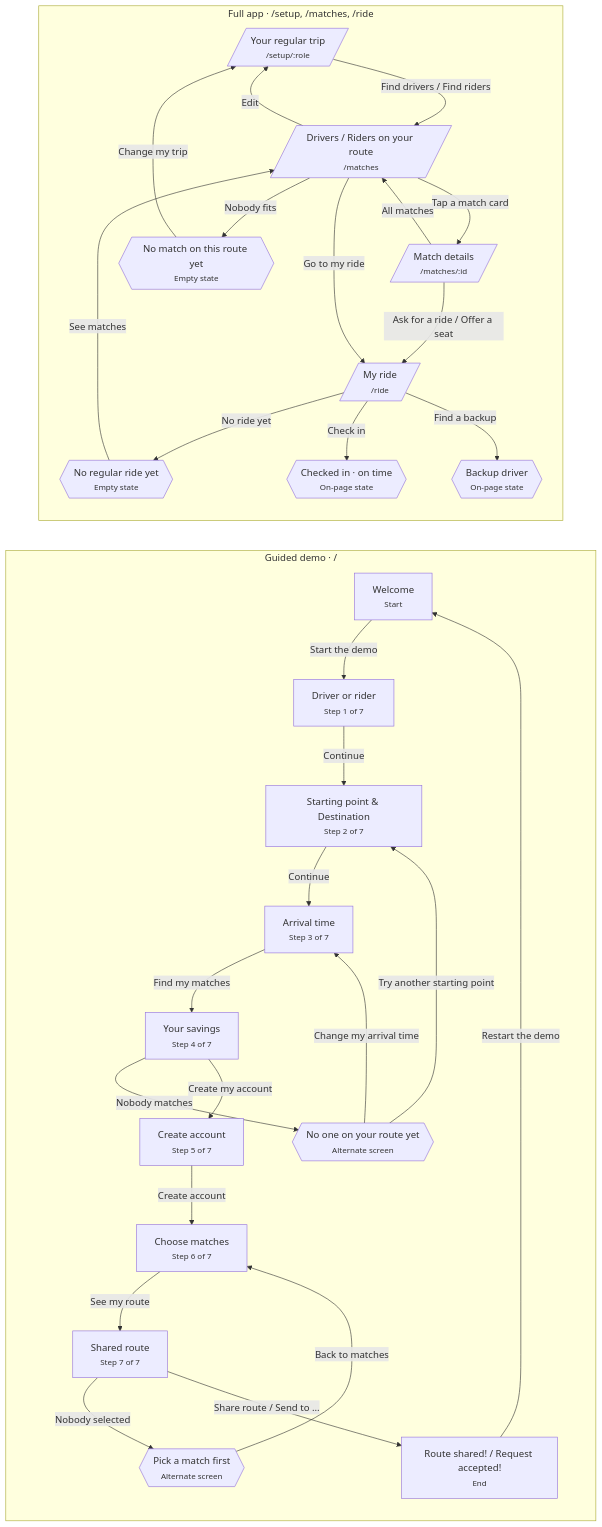
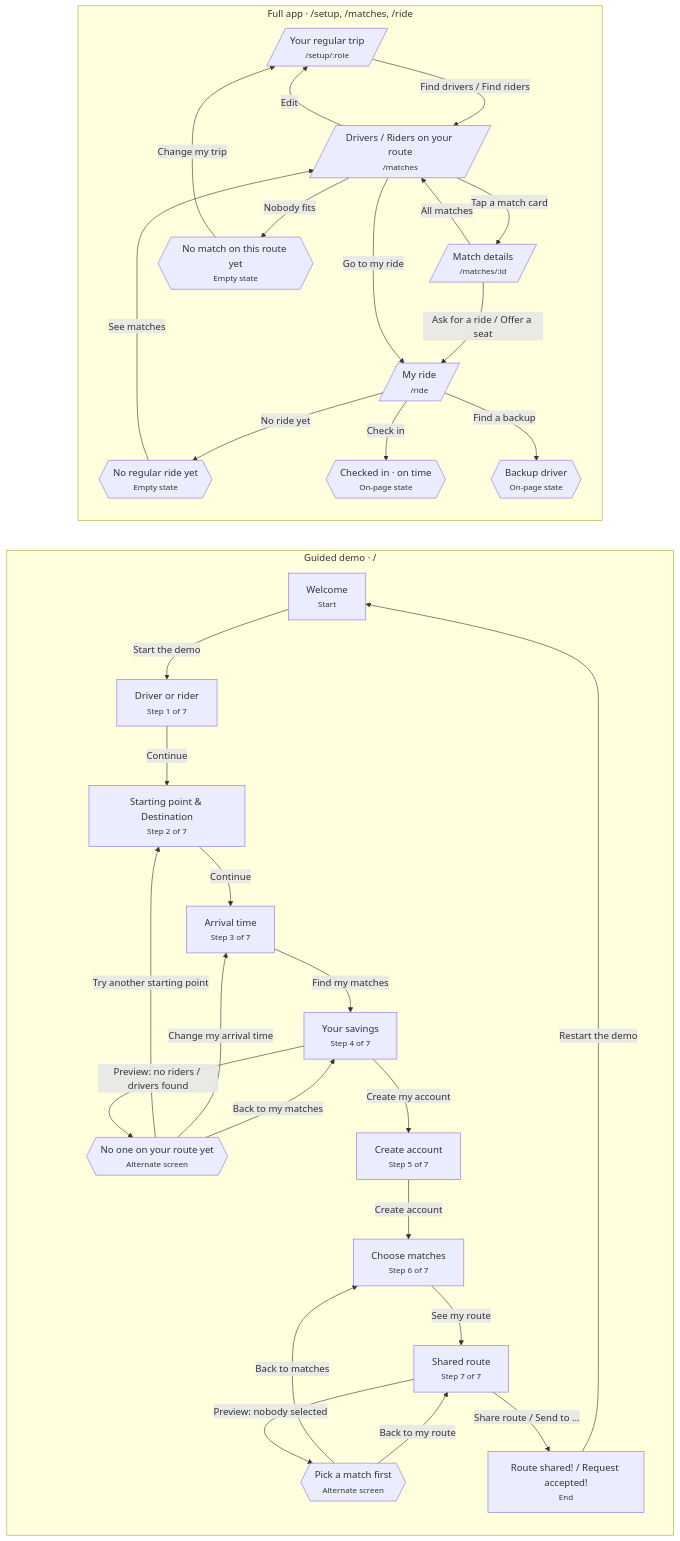
One commit to zxcpivo/routemate changed the diagram in docs/demo-flow.md. Above: the diagram before and after it, drawn with Mermaid. The commit also changed other lines of this file and 11 other files, not shown here.

````diff
--- a/docs/demo-flow.md
+++ b/docs/demo-flow.md
@@ -5,52 +5,54 @@
 ```mermaid
 flowchart LR
   subgraph laneA["Guided demo · /"]
     welcome["Welcome<br/><small>Start</small>"]
     role["Driver or rider<br/><small>Step 1 of 7</small>"]
     start["Starting point & Destination<br/><small>Step 2 of 7</small>"]
     time["Arrival time<br/><small>Step 3 of 7</small>"]
     pitch["Your savings<br/><small>Step 4 of 7</small>"]
     pitchEmpty{{"No one on your route yet<br/><small>Alternate screen</small>"}}
     account["Create account<br/><small>Step 5 of 7</small>"]
     choose["Choose matches<br/><small>Step 6 of 7</small>"]
     route["Shared route<br/><small>Step 7 of 7</small>"]
     routeEmpty{{"Pick a match first<br/><small>Alternate screen</small>"}}
     done["Route shared! / Request accepted!<br/><small>End</small>"]
   end
   subgraph laneB["Full app · /setup, /matches, /ride"]
     setup[/"Your regular trip<br/><small>/setup/:role</small>"/]
     matches[/"Drivers / Riders on your route<br/><small>/matches</small>"/]
     detail[/"Match details<br/><small>/matches/:id</small>"/]
     ride[/"My ride<br/><small>/ride</small>"/]
     checkedIn{{"Checked in · on time<br/><small>On-page state</small>"}}
     backup{{"Backup driver<br/><small>On-page state</small>"}}
     matchesEmpty{{"No match on this route yet<br/><small>Empty state</small>"}}
     rideEmpty{{"No regular ride yet<br/><small>Empty state</small>"}}
   end
   welcome -->|"Start the demo"| role
   start -->|"Continue"| time
   time -->|"Find my matches"| pitch
-  pitch -->|"Nobody matches"| pitchEmpty
+  pitch -->|"Preview: no riders / drivers found"| pitchEmpty
   pitchEmpty -->|"Try another starting point"| start
   pitchEmpty -->|"Change my arrival time"| time
+  pitchEmpty -->|"Back to my matches"| pitch
   pitch -->|"Create my account"| account
   account -->|"Create account"| choose
   choose -->|"See my route"| route
-  route -->|"Nobody selected"| routeEmpty
+  route -->|"Preview: nobody selected"| routeEmpty
   routeEmpty -->|"Back to matches"| choose
+  routeEmpty -->|"Back to my route"| route
   route -->|"Share route / Send to …"| done
   done -->|"Restart the demo"| welcome
   setup -->|"Find drivers / Find riders"| matches
   matches -->|"Edit"| setup
   matches -->|"Tap a match card"| detail
   detail -->|"All matches"| matches
   detail -->|"Ask for a ride / Offer a seat"| ride
   matches -->|"Go to my ride"| ride
   matches -->|"Nobody fits"| matchesEmpty
   matchesEmpty -->|"Change my trip"| setup
   ride -->|"No ride yet"| rideEmpty
   rideEmpty -->|"See matches"| matches
   ride -->|"Check in"| checkedIn
   ride -->|"Find a backup"| backup
   role -->|"Continue"| start
 ```
````
